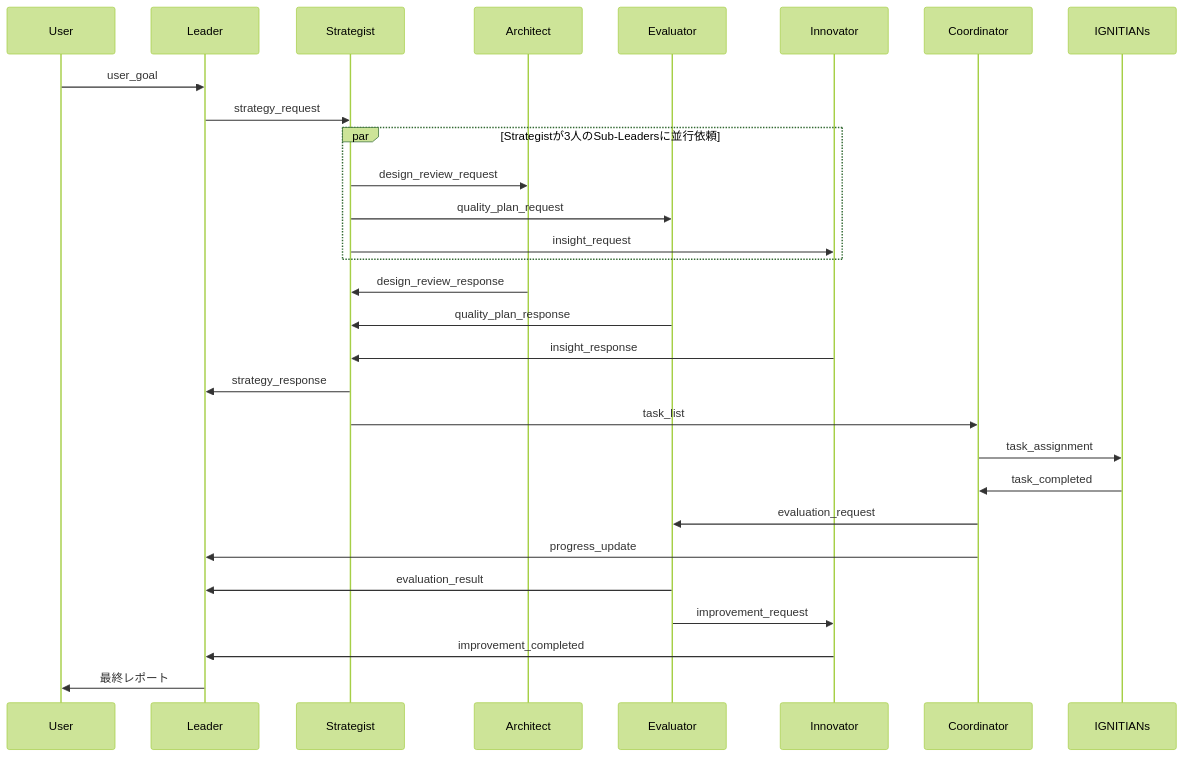
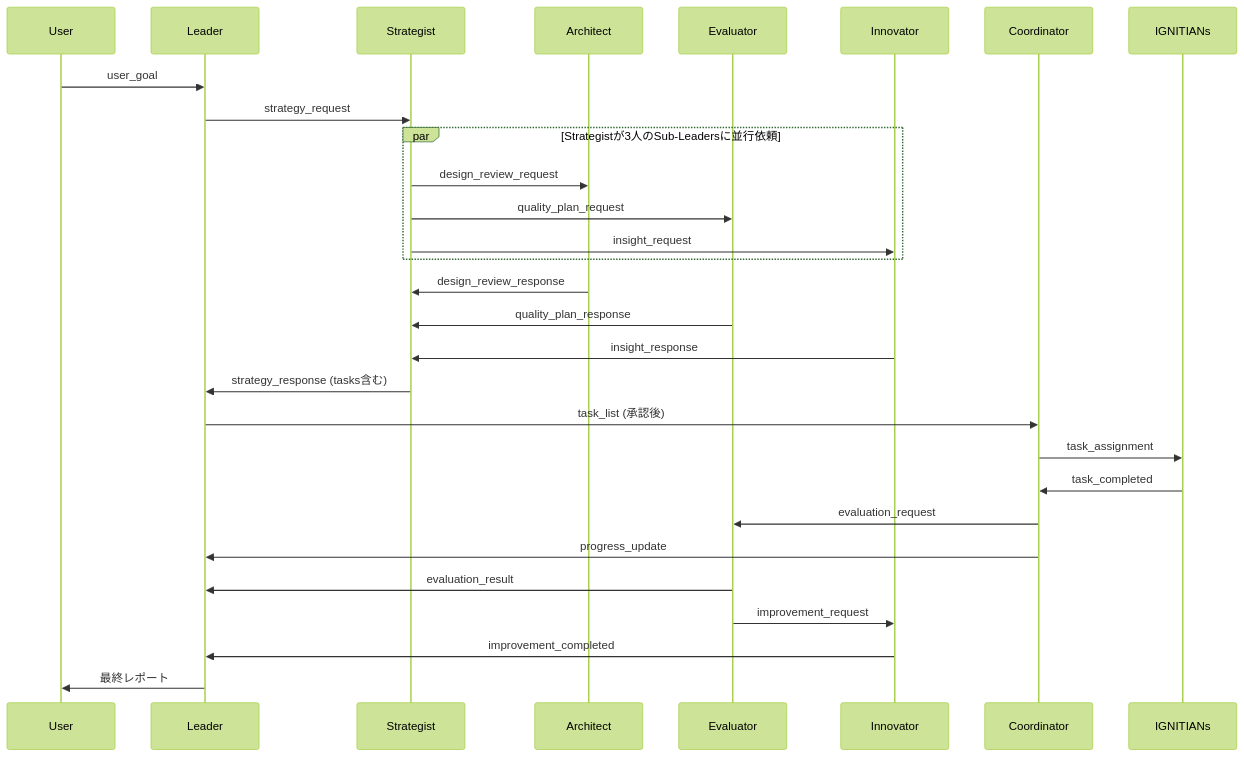
Before and after one commit to myfinder/IGNITE: the second of 2 diagrams in README.md, drawn with Mermaid (forest theme). The commit also changed other lines of this file and 7 other files, not shown here.

````diff
--- a/README.md
+++ b/README.md
@@ -401,34 +401,34 @@
 ```mermaid
 sequenceDiagram
     participant U as User
     participant L as Leader
     participant S as Strategist
     participant A as Architect
     participant E as Evaluator
     participant I as Innovator
     participant C as Coordinator
     participant IG as IGNITIANs
 
     U->>L: user_goal
     L->>S: strategy_request
 
     par Strategistが3人のSub-Leadersに並行依頼
         S->>A: design_review_request
         S->>E: quality_plan_request
         S->>I: insight_request
     end
 
     A->>S: design_review_response
     E->>S: quality_plan_response
     I->>S: insight_response
-    S->>L: strategy_response
-    S->>C: task_list
+    S->>L: strategy_response (tasks含む)
+    L->>C: task_list (承認後)
     C->>IG: task_assignment
     IG->>C: task_completed
     C->>E: evaluation_request
     C->>L: progress_update
     E->>L: evaluation_result
     E->>I: improvement_request
     I->>L: improvement_completed
     L->>U: 最終レポート
 ```
````
